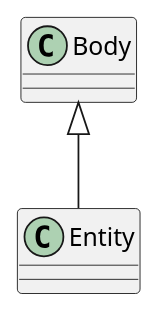
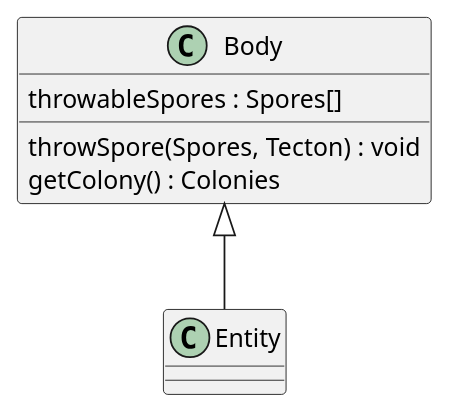
One commit to Petya-G/fungorium changed the diagram in 3/classes/body.puml. Above: the diagram before and after it, drawn with PlantUML. The commit also changed 6 other files, not shown here.

```diff
--- a/3/classes/body.puml
+++ b/3/classes/body.puml
@@ -1,7 +1,9 @@
 @startuml body
 
 Body <|-- Entity
 class Body{
-
+    throwableSpores : Spores[]
+    throwSpore(Spores, Tecton) : void
+    getColony() : Colonies
 }
 @enduml
```
